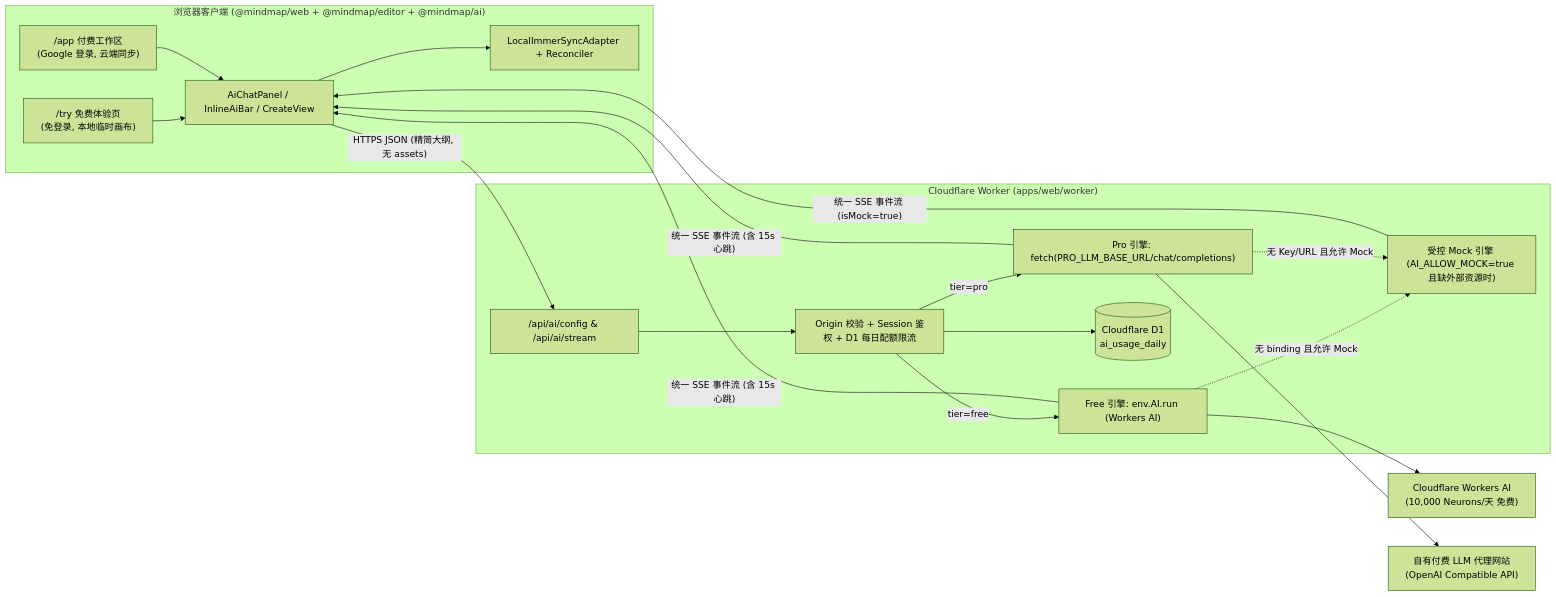
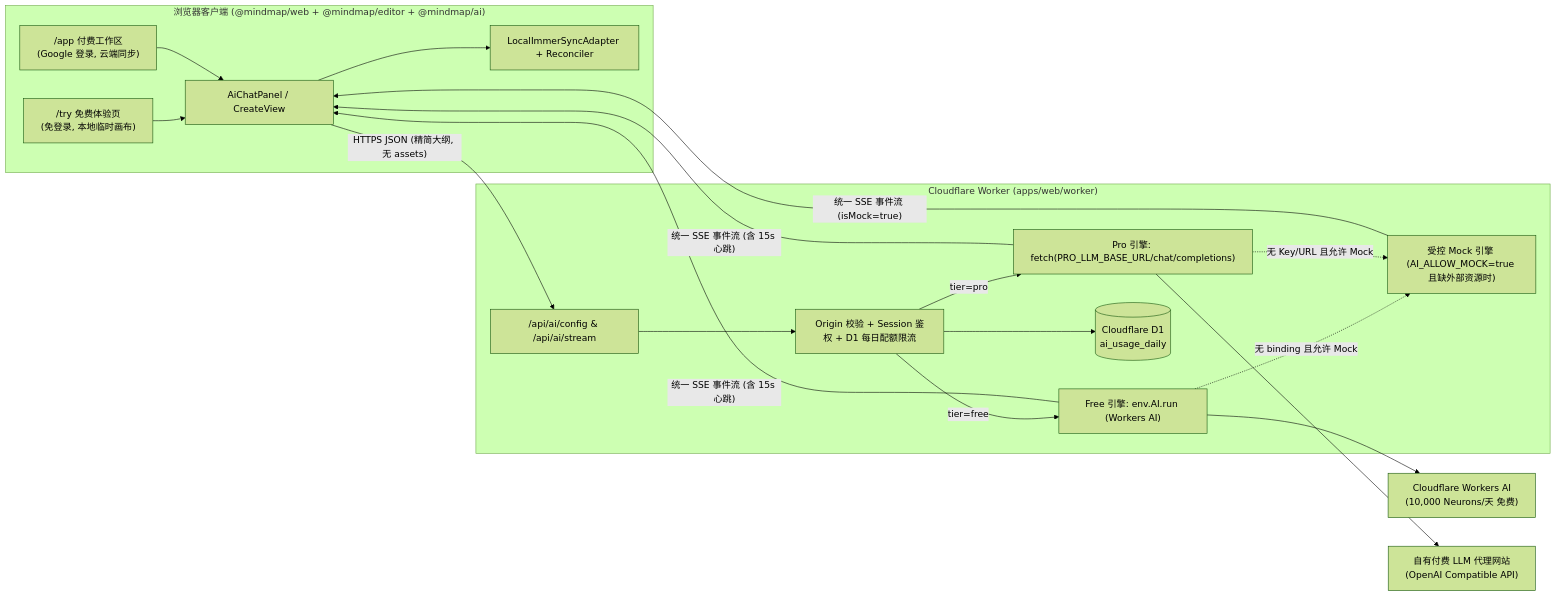
The diagram in docs/DUAL_TIER_LLM_INTEGRATION_PLAN.md (Xiejiayun/loomind), drawn with Mermaid (forest theme) before and after one commit. The commit also changed other lines of this file and 14 other files, not shown here.

````diff
--- a/docs/DUAL_TIER_LLM_INTEGRATION_PLAN.md
+++ b/docs/DUAL_TIER_LLM_INTEGRATION_PLAN.md
@@ -26,36 +26,36 @@
 ```mermaid
 flowchart LR
     subgraph Browser["浏览器客户端 (@mindmap/web + @mindmap/editor + @mindmap/ai)"]
         Try["/try 免费体验页\n(免登录, 本地临时画布)"]
         App["/app 付费工作区\n(Google 登录, 云端同步)"]
-        UI["AiChatPanel / InlineAiBar / CreateView"]
+        UI["AiChatPanel / CreateView"]
         Adapt["LocalImmerSyncAdapter + Reconciler"]
         Try --> UI
         App --> UI
         UI --> Adapt
     end
 
     subgraph Worker["Cloudflare Worker (apps/web/worker)"]
         Router["/api/ai/config & /api/ai/stream"]
         Guard["Origin 校验 + Session 鉴权 + D1 每日配额限流"]
         FreeEng["Free 引擎: env.AI.run (Workers AI)"]
         ProEng["Pro 引擎: fetch(PRO_LLM_BASE_URL/chat/completions)"]
         MockEng["受控 Mock 引擎 (AI_ALLOW_MOCK=true 且缺外部资源时)"]
         D1[("Cloudflare D1\nai_usage_daily")]
         Router --> Guard --> D1
         Guard -- "tier=free" --> FreeEng
         Guard -- "tier=pro" --> ProEng
         FreeEng -. "无 binding 且允许 Mock" .-> MockEng
         ProEng -. "无 Key/URL 且允许 Mock" .-> MockEng
     end
 
     CF_AI["Cloudflare Workers AI\n(10,000 Neurons/天 免费)"]
     Pro_Proxy["自有付费 LLM 代理网站\n(OpenAI Compatible API)"]
 
     UI -- "HTTPS JSON (精简大纲, 无 assets)" --> Router
     FreeEng --> CF_AI
     ProEng --> Pro_Proxy
     FreeEng -- "统一 SSE 事件流 (含 15s 心跳)" --> UI
     ProEng -- "统一 SSE 事件流 (含 15s 心跳)" --> UI
     MockEng -- "统一 SSE 事件流 (isMock=true)" --> UI
 ```
````
